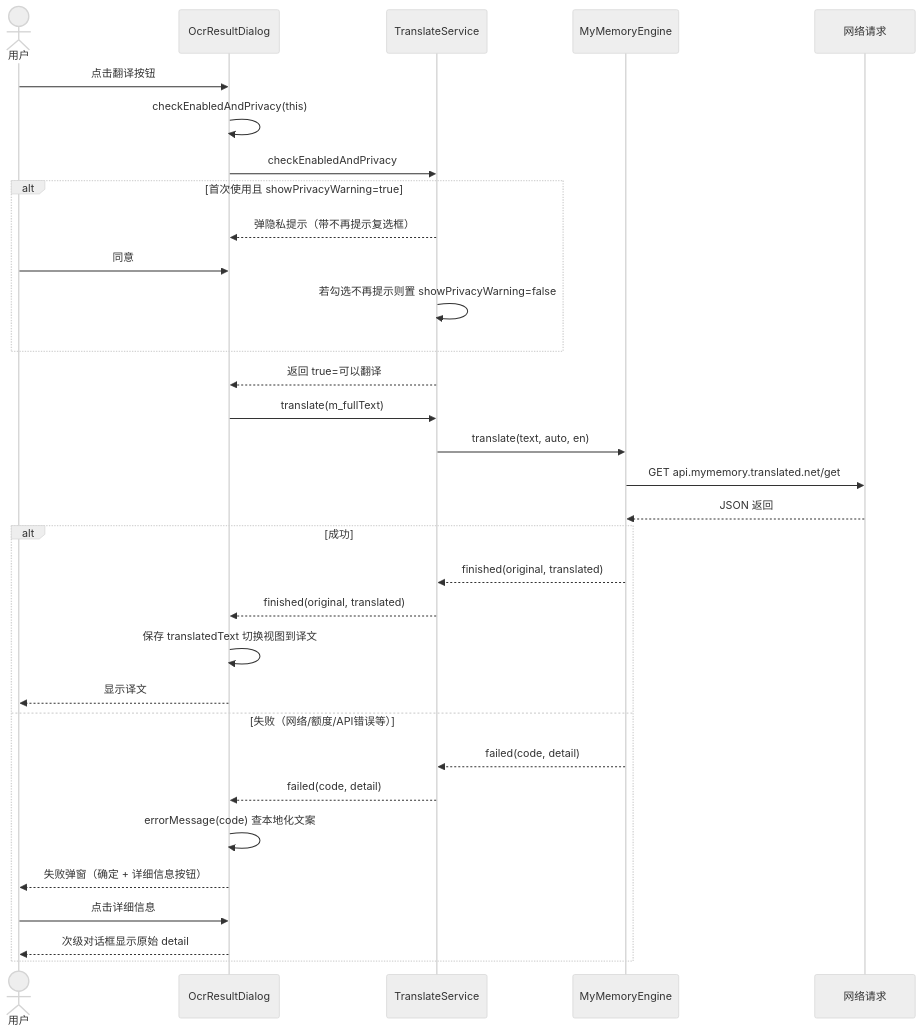
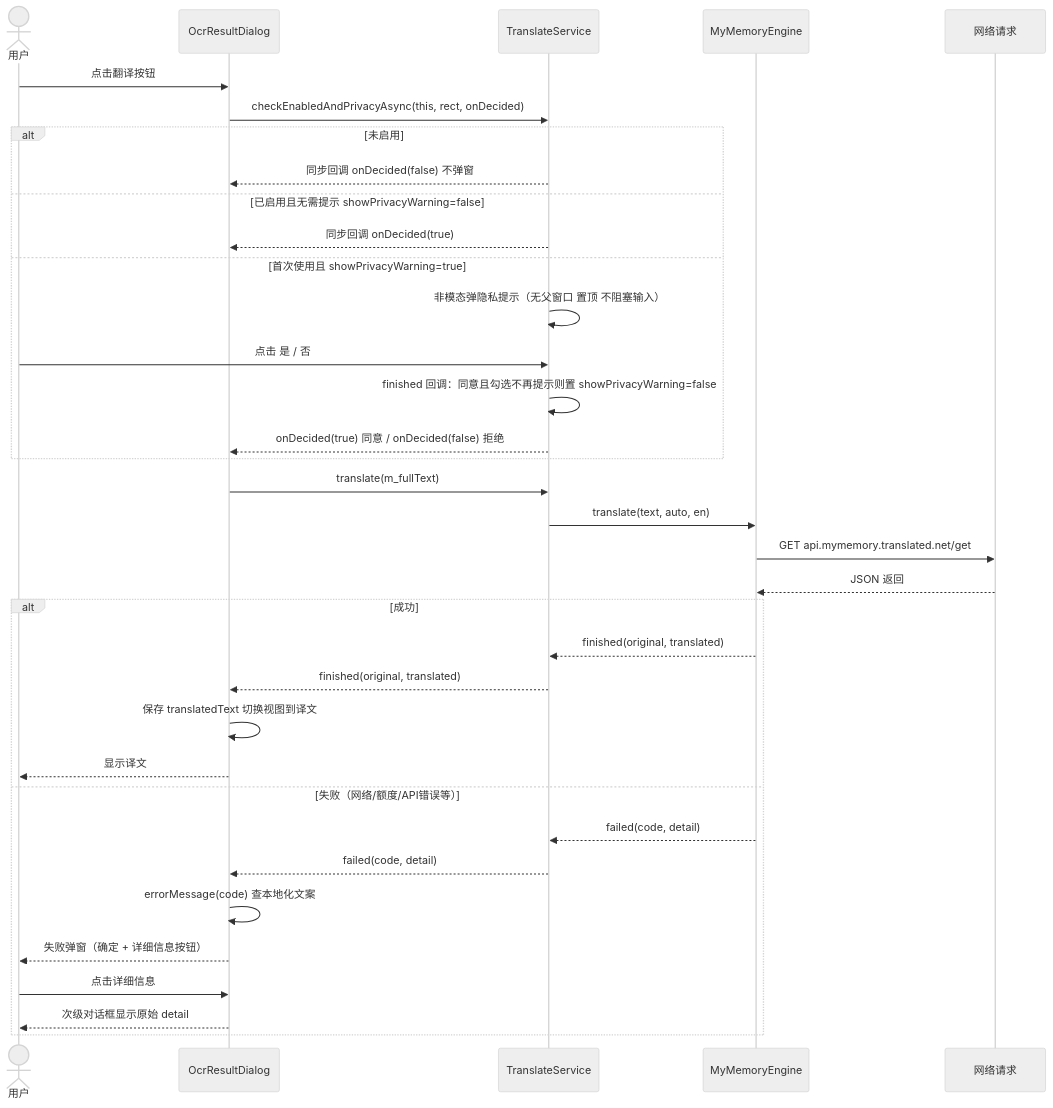
One commit to ChiangyangNPU/quick-shot changed the fifth of 12 diagrams in docs/translation-design.md. Above: the diagram before and after it, drawn with Mermaid (neutral theme). The commit also changed other lines of this file and 3 other files, not shown here.

````diff
--- a/docs/translation-design.md
+++ b/docs/translation-design.md
@@ -365,36 +378,39 @@
 ```mermaid
 sequenceDiagram
     actor U as 用户
     participant D as OcrResultDialog
     participant S as TranslateService
     participant E as MyMemoryEngine
     participant N as 网络请求
 
     U->>D: 点击翻译按钮
-    D->>D: checkEnabledAndPrivacy(this)
-    D->>S: checkEnabledAndPrivacy
-    alt 首次使用且 showPrivacyWarning=true
-        S-->>D: 弹隐私提示（带不再提示复选框）
-        U->>D: 同意
-        S->>S: 若勾选不再提示则置 showPrivacyWarning=false
+    D->>S: checkEnabledAndPrivacyAsync(this, rect, onDecided)
+    alt 未启用
+        S-->>D: 同步回调 onDecided(false) 不弹窗
+    else 已启用且无需提示 showPrivacyWarning=false
+        S-->>D: 同步回调 onDecided(true)
+    else 首次使用且 showPrivacyWarning=true
+        S->>S: 非模态弹隐私提示（无父窗口 置顶 不阻塞输入）
+        U->>S: 点击 是 / 否
+        S->>S: finished 回调：同意且勾选不再提示则置 showPrivacyWarning=false
+        S-->>D: onDecided(true) 同意 / onDecided(false) 拒绝
     end
-    S-->>D: 返回 true=可以翻译
 
     D->>S: translate(m_fullText)
     S->>E: translate(text, auto, en)
     E->>N: GET api.mymemory.translated.net/get
     N-->>E: JSON 返回
     alt 成功
         E-->>S: finished(original, translated)
         S-->>D: finished(original, translated)
         D->>D: 保存 translatedText 切换视图到译文
         D-->>U: 显示译文
     else 失败（网络/额度/API错误等）
         E-->>S: failed(code, detail)
         S-->>D: failed(code, detail)
         D->>D: errorMessage(code) 查本地化文案
         D-->>U: 失败弹窗（确定 + 详细信息按钮）
         U->>D: 点击详细信息
         D-->>U: 次级对话框显示原始 detail
     end
 ```
````
